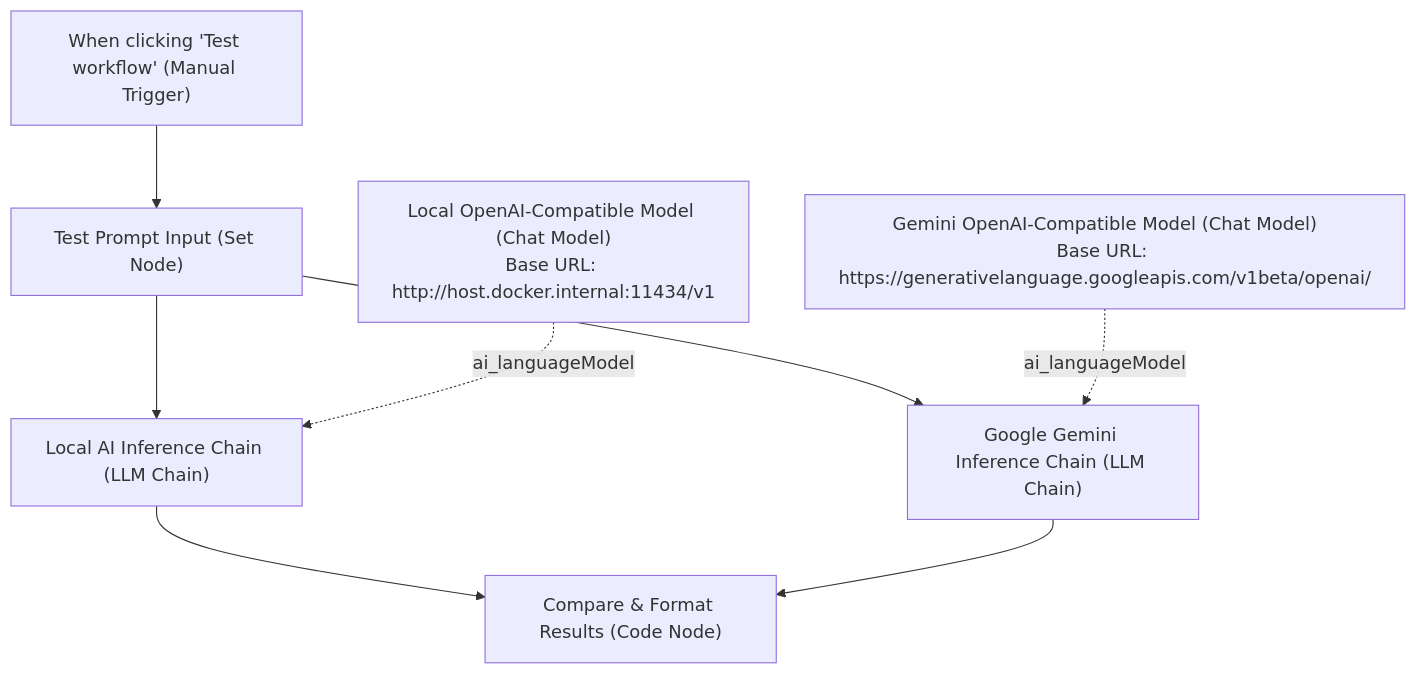
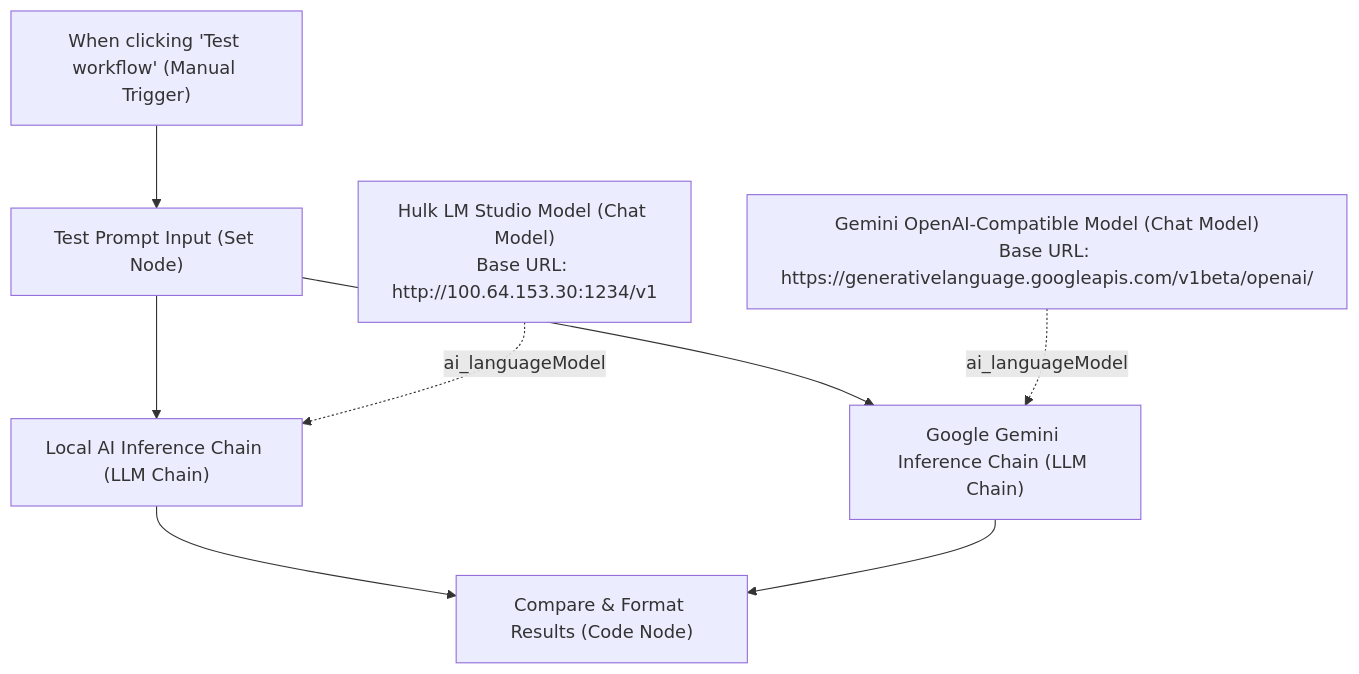
One commit to victor-jaimes-puente/Local-N8n changed the diagram in workflows/ai-testing/README.md. Above: the diagram before and after it, drawn with Mermaid. The commit also changed other lines of this file and 7 other files, not shown here.

````diff
--- a/workflows/ai-testing/README.md
+++ b/workflows/ai-testing/README.md
@@ -21,13 +21,13 @@
 ```mermaid
 graph TD
     Trigger["When clicking 'Test workflow' (Manual Trigger)"] --> InputNode["Test Prompt Input (Set Node)"]
     
     InputNode --> LocalChain["Local AI Inference Chain (LLM Chain)"]
     InputNode --> GeminiChain["Google Gemini Inference Chain (LLM Chain)"]
     
-    LocalModel["Local OpenAI-Compatible Model (Chat Model)<br/>Base URL: http://host.docker.internal:11434/v1"] -.->|ai_languageModel| LocalChain
+    LocalModel["Hulk LM Studio Model (Chat Model)<br/>Base URL: http://100.64.153.30:1234/v1"] -.->|ai_languageModel| LocalChain
     GeminiModel["Gemini OpenAI-Compatible Model (Chat Model)<br/>Base URL: https://generativelanguage.googleapis.com/v1beta/openai/"] -.->|ai_languageModel| GeminiChain
     
     LocalChain --> CompareNode["Compare & Format Results (Code Node)"]
     GeminiChain --> CompareNode
 ```
````
